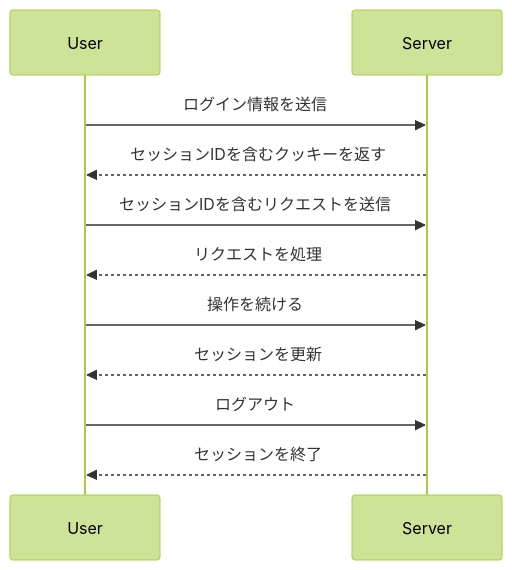
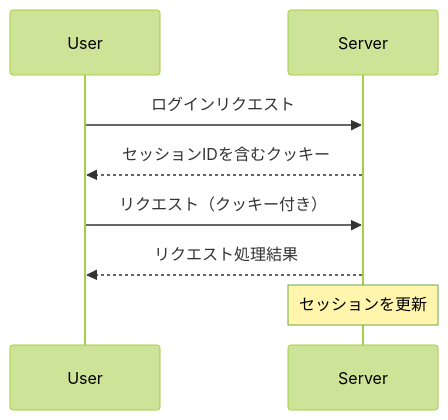
The diagram in .docs/src/セッション管理.md (amata1219/autodoc-test), drawn with Mermaid (forest theme) before and after one commit. The commit also changed other lines of this file and 9 other files, not shown here.

````diff
--- a/.docs/src/セッション管理.md
+++ b/.docs/src/セッション管理.md
@@ -16,13 +16,10 @@
 ```mermaid
 sequenceDiagram
     participant User
     participant Server
-    User->>Server: ログイン情報を送信
-    Server-->>User: セッションIDを含むクッキーを返す
-    User->>Server: セッションIDを含むリクエストを送信
-    Server-->>User: リクエストを処理
-    User->>Server: 操作を続ける
-    Server-->>User: セッションを更新
-    User->>Server: ログアウト
-    Server-->>User: セッションを終了
+    User->>Server: ログインリクエスト
+    Server-->>User: セッションIDを含むクッキー
+    User->>Server: リクエスト（クッキー付き）
+    Server-->>User: リクエスト処理結果
+    Note over Server: セッションを更新
 ```
````
